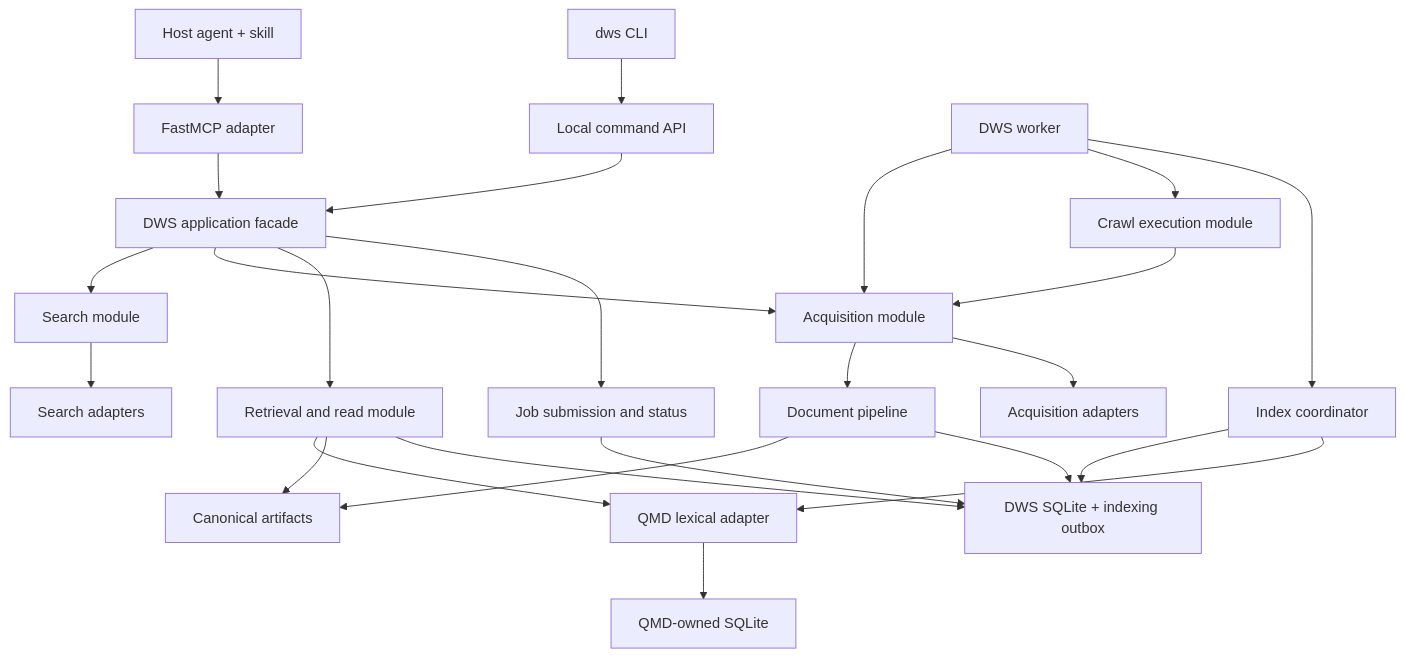
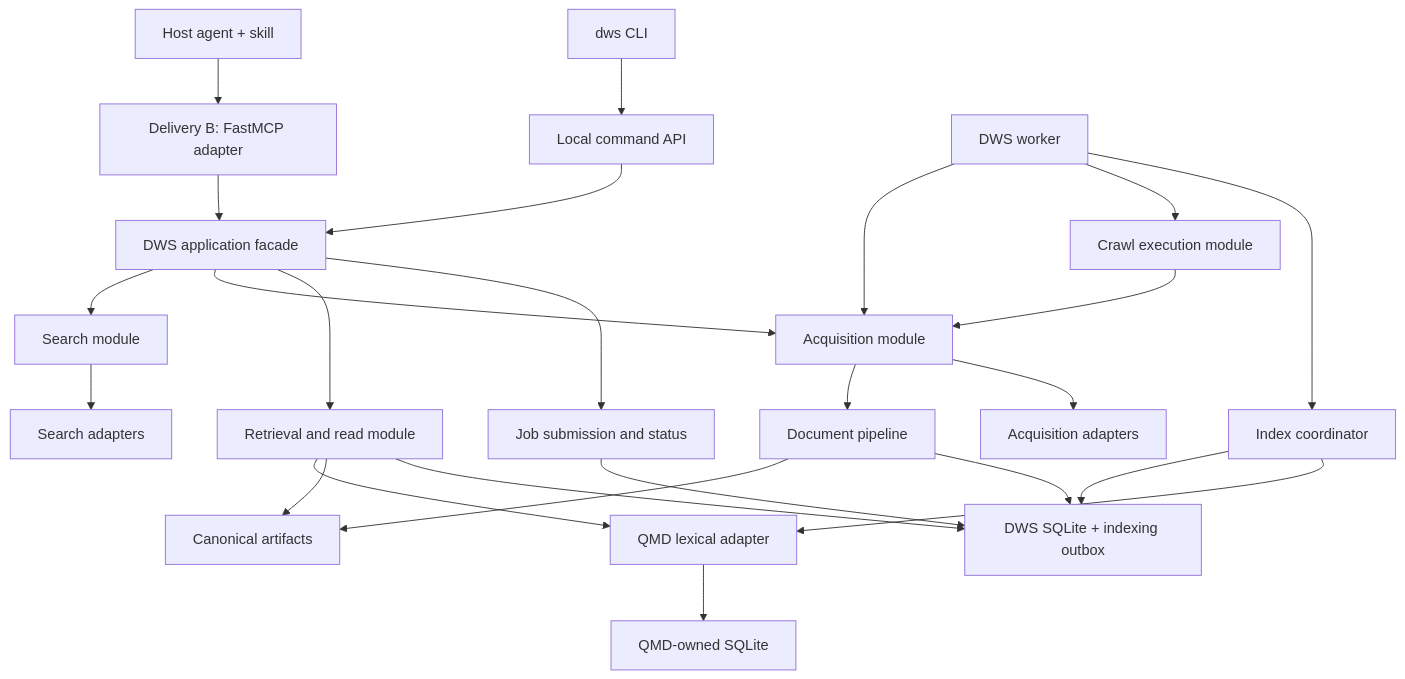
One commit to MVPavan/coding-ritual changed the first of 5 diagrams in docs/brainstorms/dws/DWS_Design.md. Above: the diagram before and after it, drawn with Mermaid. The commit also changed other lines of this file and 50 other files, not shown here.

````diff
--- a/docs/brainstorms/dws/DWS_Design.md
+++ b/docs/brainstorms/dws/DWS_Design.md
@@ -205,27 +216,27 @@
 ```mermaid
 flowchart TB
-    H["Host agent + skill"] --> M["FastMCP adapter"]
+    H["Host agent + skill"] --> M["Delivery B: FastMCP adapter"]
     C["dws CLI"] --> A["Local command API"]
     M --> F["DWS application facade"]
     A --> F
     F --> S["Search module"]
     F --> X["Acquisition module"]
     F --> R["Retrieval and read module"]
     F --> J["Job submission and status"]
     W["DWS worker"] --> X
     W --> CR["Crawl execution module"]
     CR --> X
     X --> P["Document pipeline"]
     S --> SP["Search adapters"]
     X --> AP["Acquisition adapters"]
     P --> FS["Canonical artifacts"]
     P --> DB["DWS SQLite + indexing outbox"]
     J --> DB
     W --> IX["Index coordinator"]
     IX --> DB
     IX --> Q["QMD lexical adapter"]
     R --> Q
     R --> FS
     R --> DB
     Q --> QDB["QMD-owned SQLite"]
 ```
````
